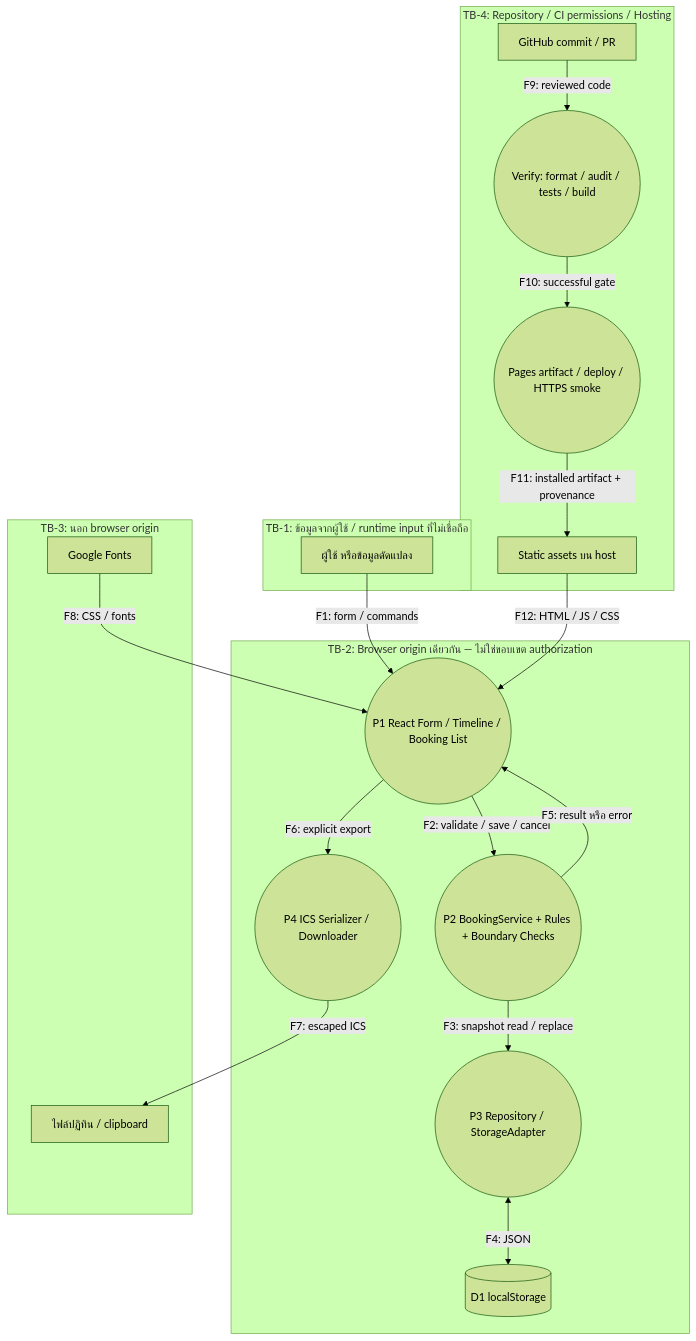
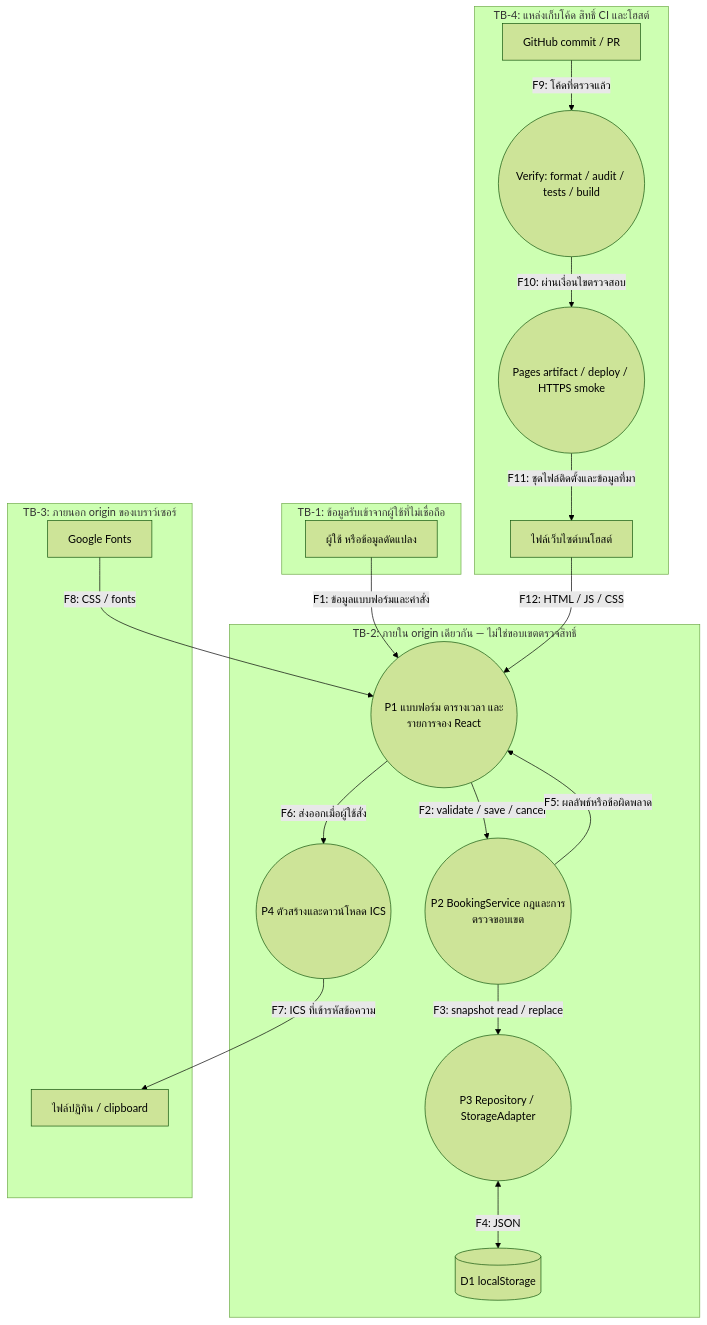
Before and after one commit to Pootanapat/smart-campus-booking: the second of 3 diagrams in docs/threat-model.md, drawn with Mermaid (forest theme). The commit also changed other lines of this file and 53 other files, not shown here.

````diff
--- a/docs/threat-model.md
+++ b/docs/threat-model.md
@@ -39,35 +39,35 @@
 ```mermaid
 flowchart TD
- subgraph TB1[TB-1: ข้อมูลจากผู้ใช้ / runtime input ที่ไม่เชื่อถือ]
+ subgraph TB1[TB-1: ข้อมูลรับเข้าจากผู้ใช้ที่ไม่เชื่อถือ]
   E1[ผู้ใช้ หรือข้อมูลดัดแปลง]
  end
- subgraph TB2[TB-2: Browser origin เดียวกัน — ไม่ใช่ขอบเขต authorization]
-  P1((P1 React Form / Timeline / Booking List))
-  P2((P2 BookingService + Rules + Boundary Checks))
+ subgraph TB2[TB-2: ภายใน origin เดียวกัน — ไม่ใช่ขอบเขตตรวจสิทธิ์]
+  P1((P1 แบบฟอร์ม ตารางเวลา และรายการจอง React))
+  P2((P2 BookingService กฎและการตรวจขอบเขต))
   P3((P3 Repository / StorageAdapter))
   D1[(D1 localStorage)]
-  P4((P4 ICS Serializer / Downloader))
+  P4((P4 ตัวสร้างและดาวน์โหลด ICS))
  end
- subgraph TB3[TB-3: นอก browser origin]
+ subgraph TB3[TB-3: ภายนอก origin ของเบราว์เซอร์]
   E2[ไฟล์ปฏิทิน / clipboard]
   E3[Google Fonts]
  end
- subgraph TB4[TB-4: Repository / CI permissions / Hosting]
+ subgraph TB4[TB-4: แหล่งเก็บโค้ด สิทธิ์ CI และโฮสต์]
   R[GitHub commit / PR]
   CI((Verify: format / audit / tests / build))
   CD((Pages artifact / deploy / HTTPS smoke))
-  H[Static assets บน host]
+  H[ไฟล์เว็บไซต์บนโฮสต์]
  end
- E1 -->|F1: form / commands| P1
+ E1 -->|F1: ข้อมูลแบบฟอร์มและคำสั่ง| P1
  P1 -->|F2: validate / save / cancel| P2
  P2 -->|F3: snapshot read / replace| P3
  P3 <-->|F4: JSON| D1
- P2 -->|F5: result หรือ error| P1
- P1 -->|F6: explicit export| P4
- P4 -->|F7: escaped ICS| E2
+ P2 -->|F5: ผลลัพธ์หรือข้อผิดพลาด| P1
+ P1 -->|F6: ส่งออกเมื่อผู้ใช้สั่ง| P4
+ P4 -->|F7: ICS ที่เข้ารหัสข้อความ| E2
  E3 -->|F8: CSS / fonts| P1
- R -->|F9: reviewed code| CI
- CI -->|F10: successful gate| CD
- CD -->|F11: installed artifact + provenance| H
+ R -->|F9: โค้ดที่ตรวจแล้ว| CI
+ CI -->|F10: ผ่านเงื่อนไขตรวจสอบ| CD
+ CD -->|F11: ชุดไฟล์ติดตั้งและข้อมูลที่มา| H
  H -->|F12: HTML / JS / CSS| P1
 ```
````
